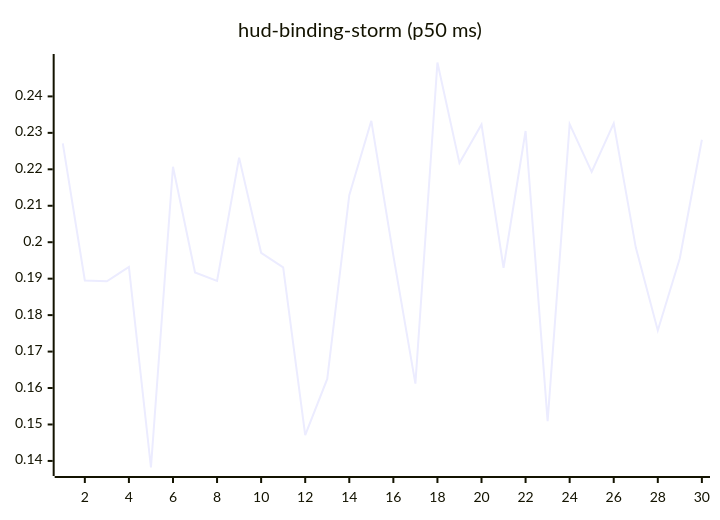
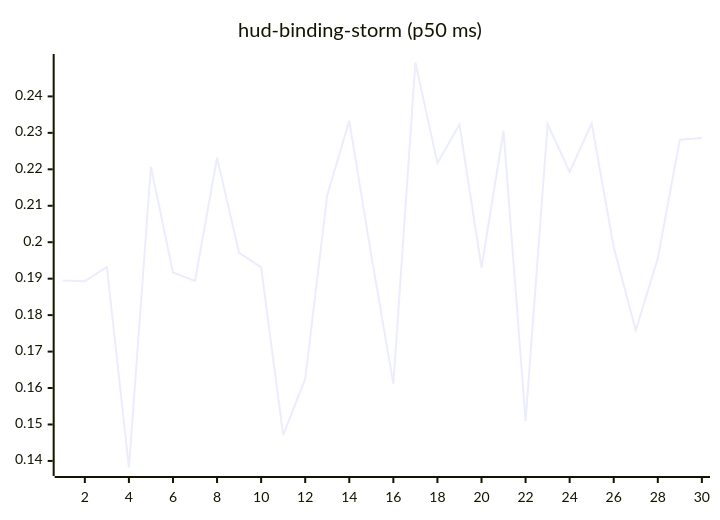
The tenth of 27 diagrams in README.md (josha/Facet), drawn with Mermaid before and after one commit. The commit also changed other lines of this file and 2 other files, not shown here.

````diff
--- a/README.md
+++ b/README.md
@@ -126,6 +126,6 @@
 ```mermaid
 xychart-beta
     title "hud-binding-storm (p50 ms)"
     x-axis 1 --> 30
-    line [0.2271, 0.1895, 0.1893, 0.1932, 0.1382, 0.2207, 0.1917, 0.1894, 0.2232, 0.1971, 0.1931, 0.1471, 0.1625, 0.2129, 0.2333, 0.1963, 0.1612, 0.2493, 0.2217, 0.2323, 0.1930, 0.2305, 0.1509, 0.2324, 0.2193, 0.2326, 0.1986, 0.1758, 0.1956, 0.2281]
+    line [0.1895, 0.1893, 0.1932, 0.1382, 0.2207, 0.1917, 0.1894, 0.2232, 0.1971, 0.1931, 0.1471, 0.1625, 0.2129, 0.2333, 0.1963, 0.1612, 0.2493, 0.2217, 0.2323, 0.1930, 0.2305, 0.1509, 0.2324, 0.2193, 0.2326, 0.1986, 0.1758, 0.1956, 0.2281, 0.2286]
 ```
````
